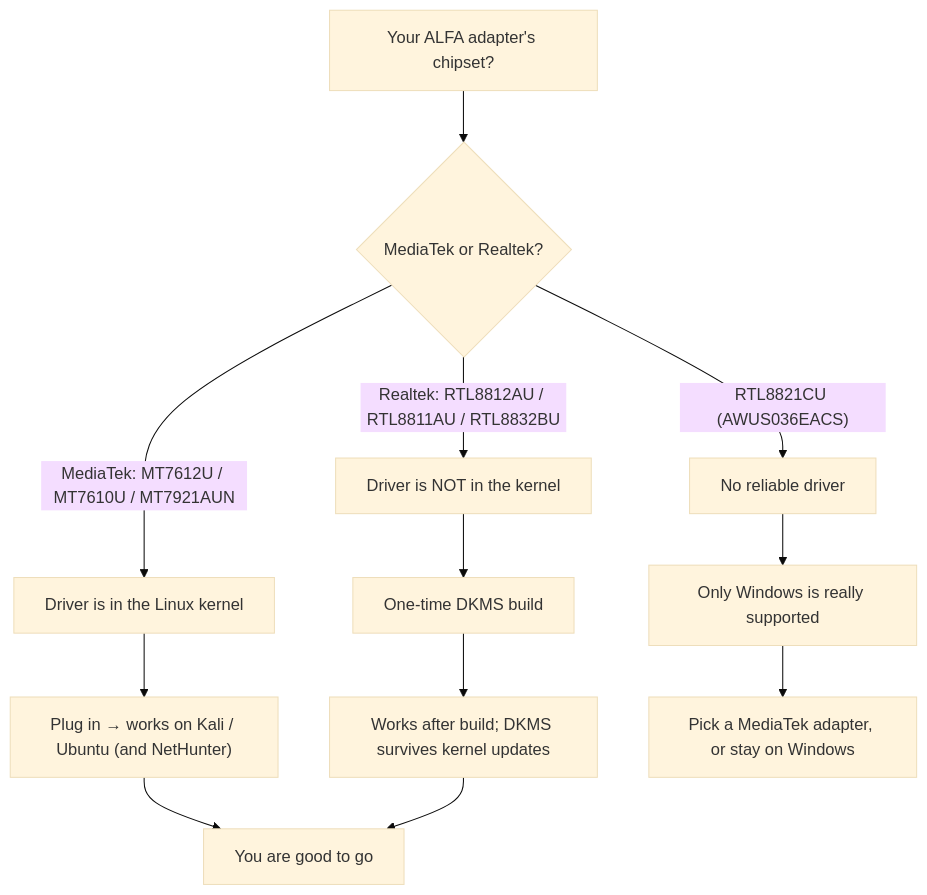
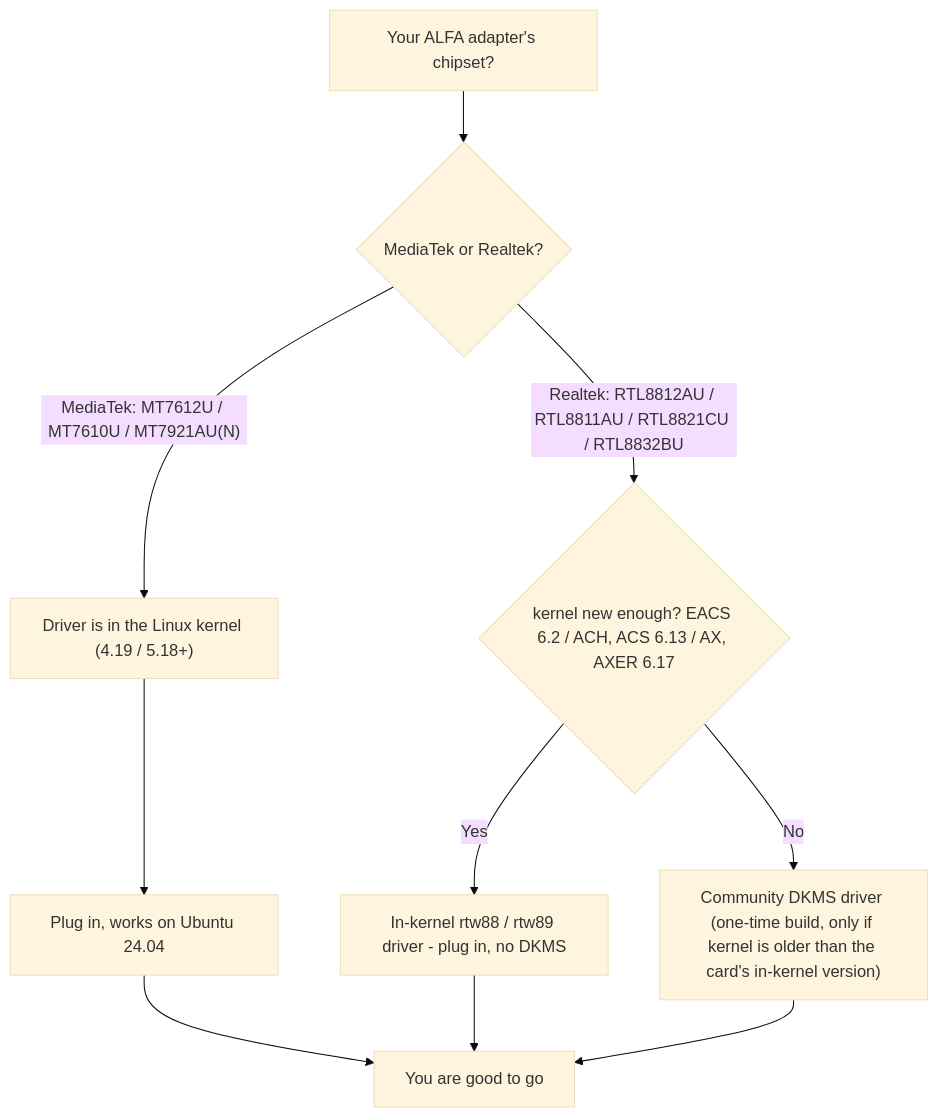
One commit to yopitek/yupitek-wiki changed the diagram in i18n/zh-TW/docusaurus-plugin-content-docs/current/01-alfa-network/linux-compatibility-matrix.md. Above: the diagram before and after it, drawn with Mermaid (base theme). The commit also changed other lines of this file and 108 other files, not shown here.

````diff
--- a/i18n/zh-TW/docusaurus-plugin-content-docs/current/01-alfa-network/linux-compatibility-matrix.md
+++ b/i18n/zh-TW/docusaurus-plugin-content-docs/current/01-alfa-network/linux-compatibility-matrix.md
@@ -15,14 +15,12 @@
 ```mermaid
 flowchart TD
     A["Your ALFA adapter's chipset?"] --> B{"MediaTek or Realtek?"}
-    B -->|"MediaTek: MT7612U / MT7610U / MT7921AUN"| C["Driver is in the Linux kernel"]
-    C --> D["Plug in → works on Kali / Ubuntu (and NetHunter)"]
-    B -->|"Realtek: RTL8812AU / RTL8811AU / RTL8832BU"| E["Driver is NOT in the kernel"]
-    E --> F["One-time DKMS build"]
-    F --> G["Works after build; DKMS survives kernel updates"]
-    B -->|"RTL8821CU (AWUS036EACS)"| H["No reliable driver"]
-    H --> I["Only Windows is really supported"]
+    B -->|"MediaTek: MT7612U / MT7610U / MT7921AU(N)"| C["Driver is in the Linux kernel (4.19 / 5.18+)"]
+    C --> D["Plug in, works on Ubuntu 24.04"]
+    B -->|"Realtek: RTL8812AU / RTL8811AU / RTL8821CU / RTL8832BU"| E{"kernel new enough? EACS 6.2 / ACH, ACS 6.13 / AX, AXER 6.17"}
+    E -->|"Yes"| F["In-kernel rtw88 / rtw89 driver - plug in, no DKMS"]
+    E -->|"No"| G["Community DKMS driver (one-time build, only if kernel is older than the card's in-kernel version)"]
     D --> J["You are good to go"]
+    F --> J
     G --> J
-    I --> K["Pick a MediaTek adapter, or stay on Windows"]
 ```
````
